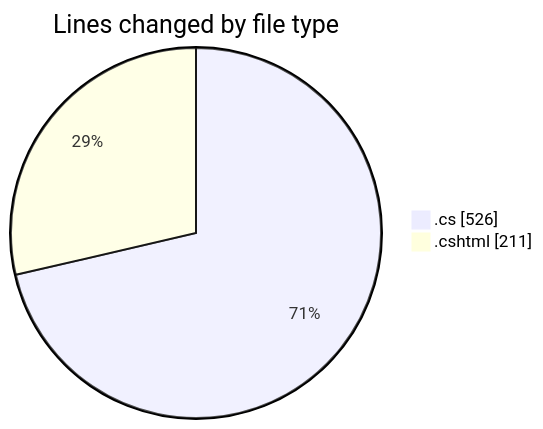
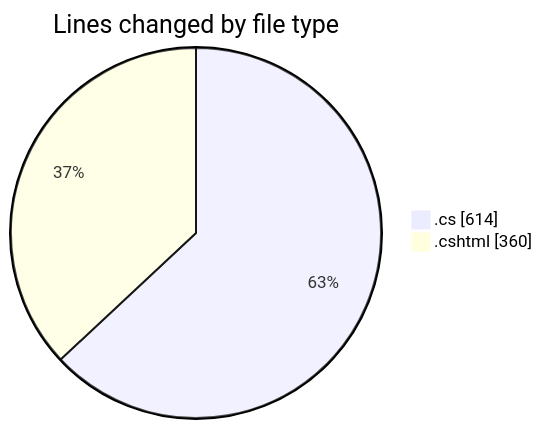
One commit to lephambinh05/code-tracking changed the first of 2 diagrams in 2025-07-22/nhahang/README.md. Above: the diagram before and after it, drawn with Mermaid. The commit also changed other lines of this file and 1 other file, not shown here.

````diff
--- a/2025-07-22/nhahang/README.md
+++ b/2025-07-22/nhahang/README.md
@@ -31,6 +39,6 @@
 ```mermaid
 pie showData
 title Lines changed by file type
-".cs" : 526
-".cshtml" : 211
+".cs" : 614
+".cshtml" : 360
 ```
````
